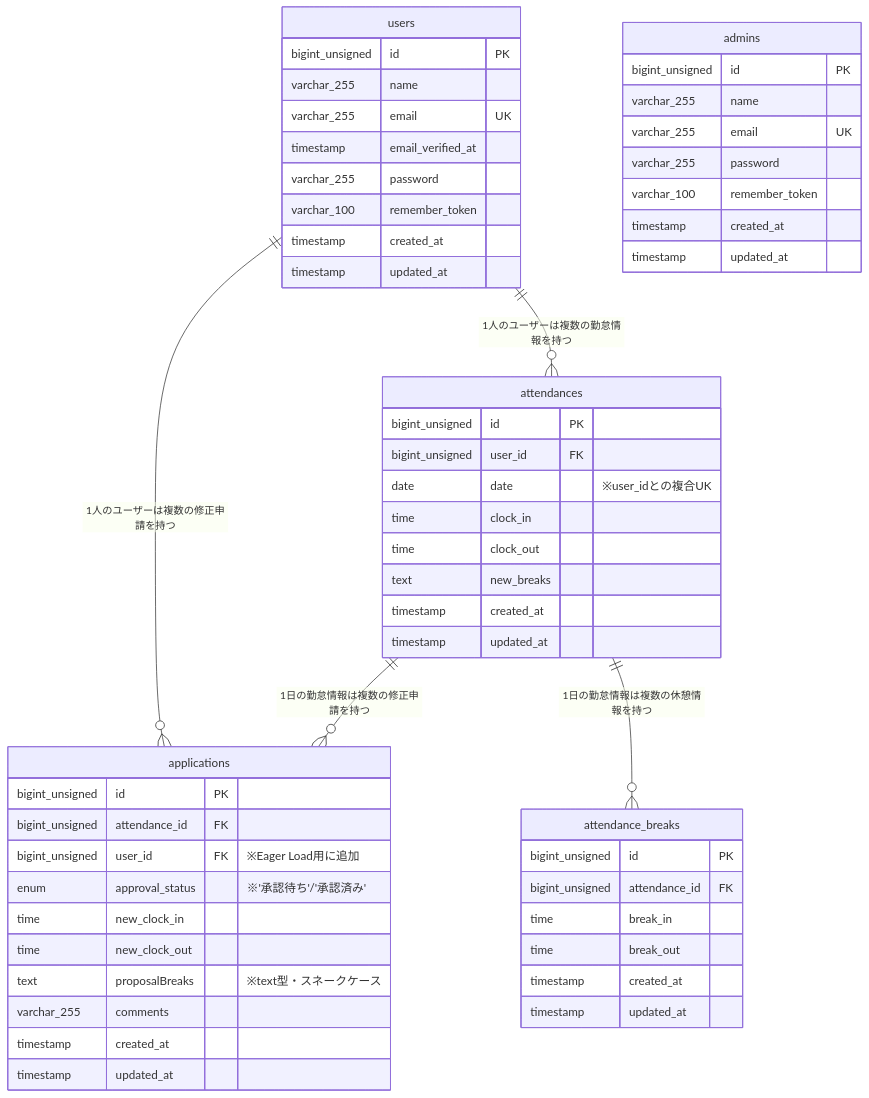
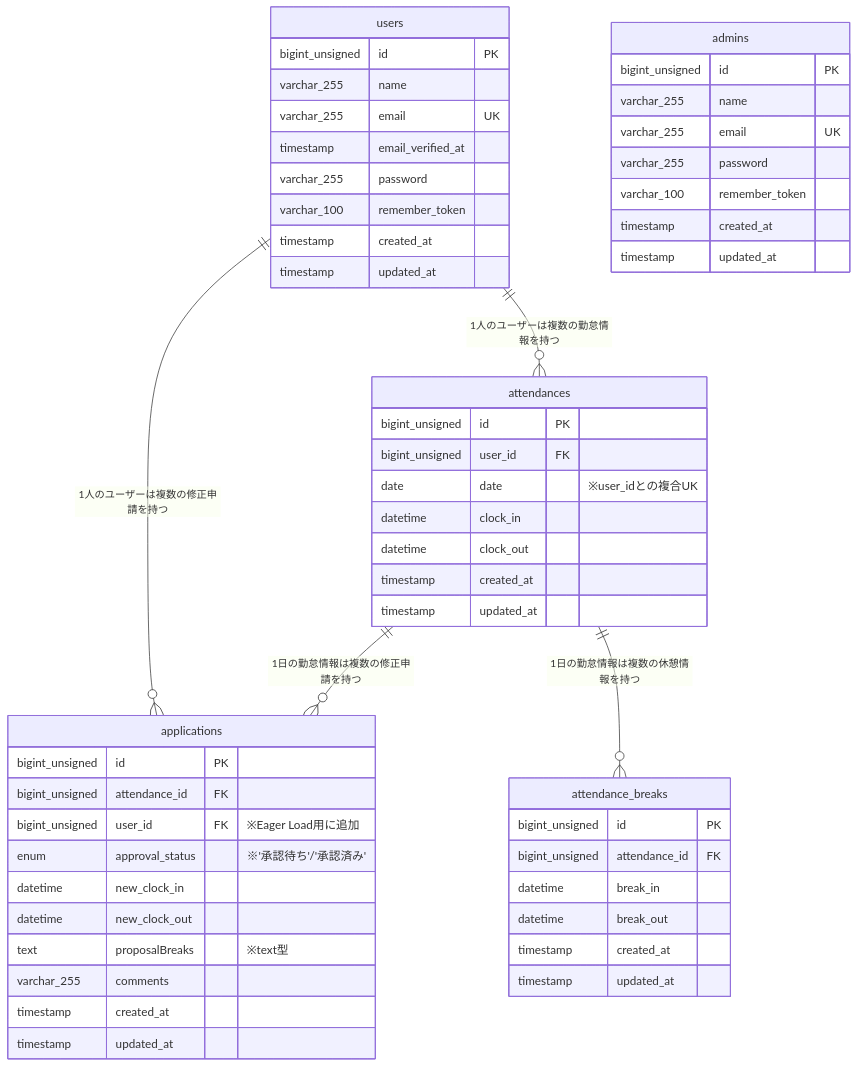
One commit to Ma-Namba/attendance-app changed the diagram in README.md. Above: the diagram before and after it, drawn with Mermaid. The commit also changed 9 other files, not shown here.

````diff
--- a/README.md
+++ b/README.md
@@ -115,57 +115,56 @@
 ```mermaid
 erDiagram
     users ||--o{ attendances: "1人のユーザーは複数の勤怠情報を持つ"
     users ||--o{ applications: "1人のユーザーは複数の修正申請を持つ"
     attendances ||--o{ applications: "1日の勤怠情報は複数の修正申請を持つ"
     attendances ||--o{ attendance_breaks: "1日の勤怠情報は複数の休憩情報を持つ"
 
     users {
         bigint_unsigned id PK
         varchar_255 name
         varchar_255 email UK
         timestamp email_verified_at
         varchar_255 password
         varchar_100 remember_token
         timestamp created_at
         timestamp updated_at
     }
     admins {
         bigint_unsigned id PK
         varchar_255 name
         varchar_255 email UK
         varchar_255 password
         varchar_100 remember_token
         timestamp created_at
         timestamp updated_at
     }
     attendances {
         bigint_unsigned id PK
         bigint_unsigned user_id FK
         date date "※user_idとの複合UK"
-        time clock_in
-        time clock_out
-        text new_breaks
+        datetime clock_in
+        datetime clock_out
         timestamp created_at
         timestamp updated_at
     }
     applications {
         bigint_unsigned id PK
         bigint_unsigned attendance_id FK
         bigint_unsigned user_id FK "※Eager Load用に追加"
         enum approval_status "※'承認待ち'/'承認済み'"
-        time new_clock_in
-        time new_clock_out
-        text proposalBreaks "※text型・スネークケース"
+        datetime new_clock_in
+        datetime new_clock_out
+        text proposalBreaks "※text型"
         varchar_255 comments
         timestamp created_at
         timestamp updated_at
     }
     attendance_breaks {
         bigint_unsigned id PK
         bigint_unsigned attendance_id FK
-        time break_in
-        time break_out
+        datetime break_in
+        datetime break_out
         timestamp created_at
         timestamp updated_at
     }
 ```
````
